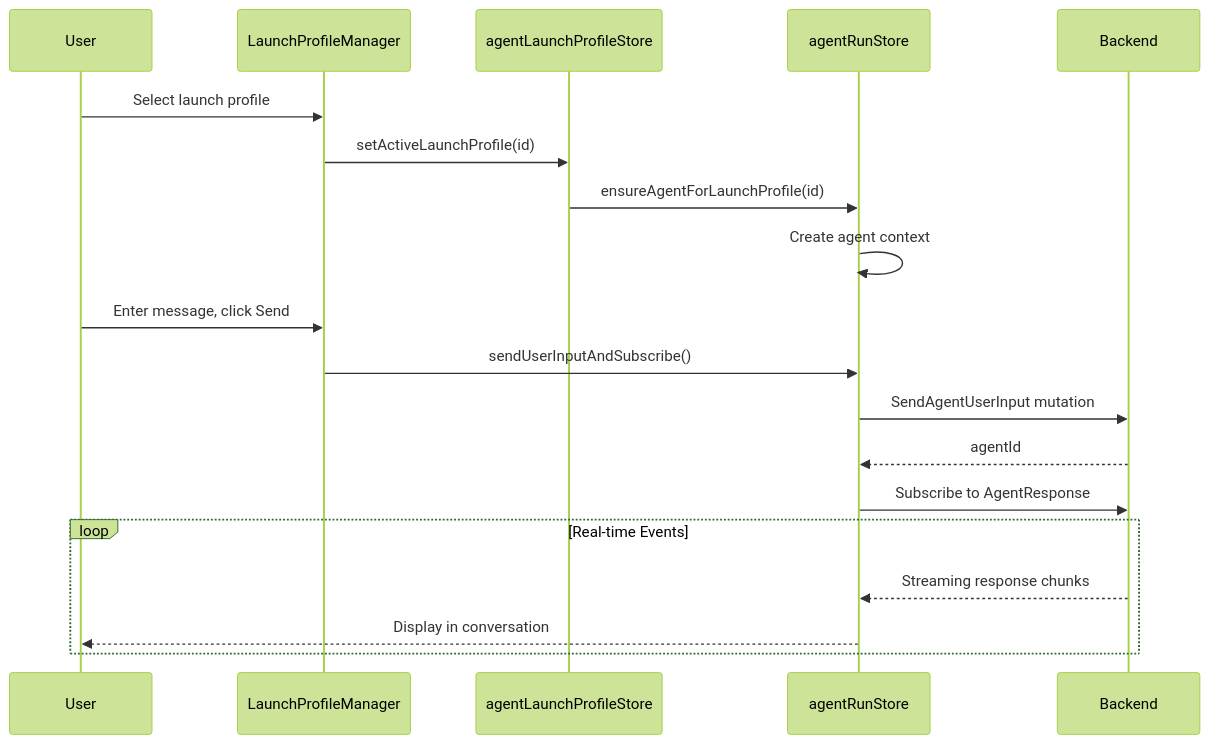
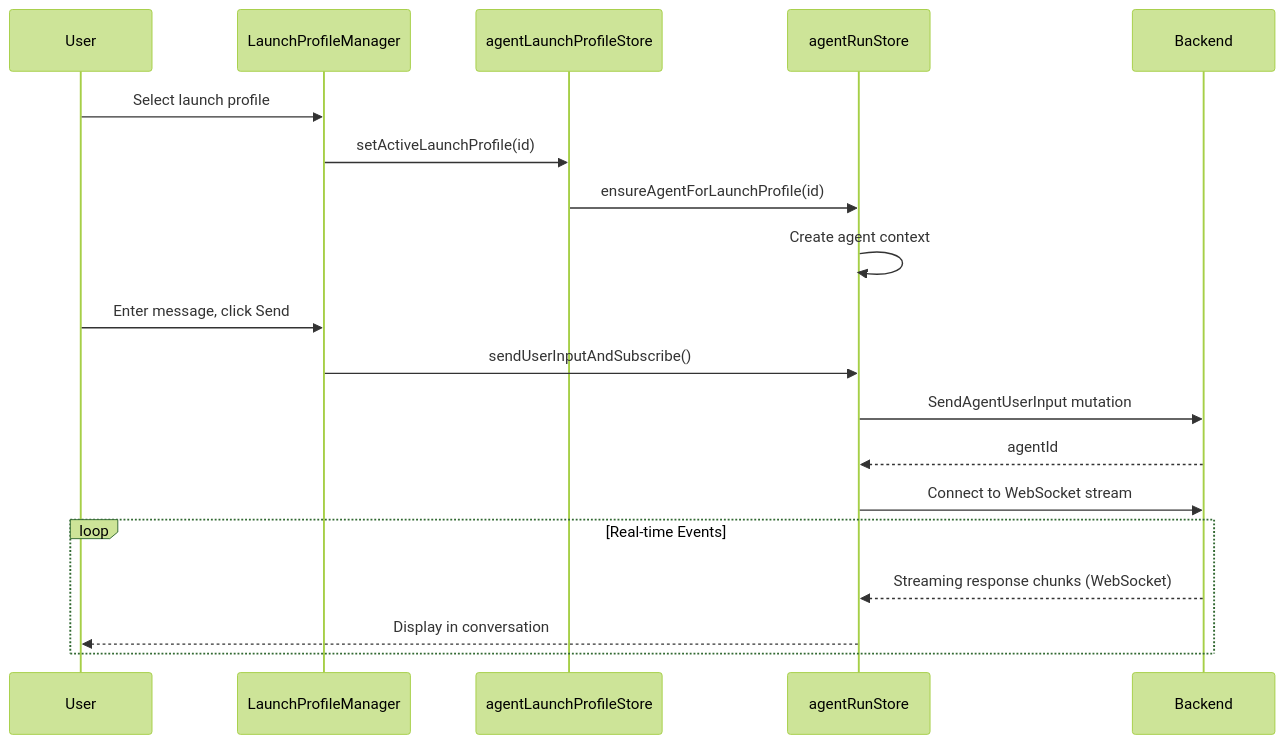
One commit to AutoByteus/autobyteus-web changed the third of 3 diagrams in docs/agent_management.md. Above: the diagram before and after it, drawn with Mermaid (forest theme). The commit also changed other lines of this file and 9 other files, not shown here.

````diff
--- a/docs/agent_management.md
+++ b/docs/agent_management.md
@@ -316,24 +306,24 @@
 ```mermaid
 sequenceDiagram
     participant User
     participant ProfileList as LaunchProfileManager
     participant ProfileStore as agentLaunchProfileStore
     participant RunStore as agentRunStore
     participant Backend
 
     User->>ProfileList: Select launch profile
     ProfileList->>ProfileStore: setActiveLaunchProfile(id)
     ProfileStore->>RunStore: ensureAgentForLaunchProfile(id)
     RunStore->>RunStore: Create agent context
 
     User->>ProfileList: Enter message, click Send
     ProfileList->>RunStore: sendUserInputAndSubscribe()
     RunStore->>Backend: SendAgentUserInput mutation
     Backend-->>RunStore: agentId
-    RunStore->>Backend: Subscribe to AgentResponse
+    RunStore->>Backend: Connect to WebSocket stream
 
     loop Real-time Events
-        Backend-->>RunStore: Streaming response chunks
+        Backend-->>RunStore: Streaming response chunks (WebSocket)
         RunStore-->>User: Display in conversation
     end
 ```
````
